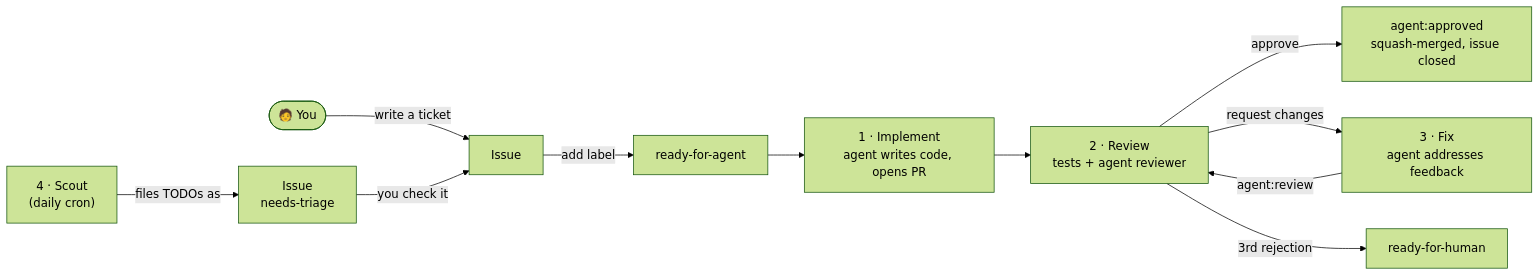
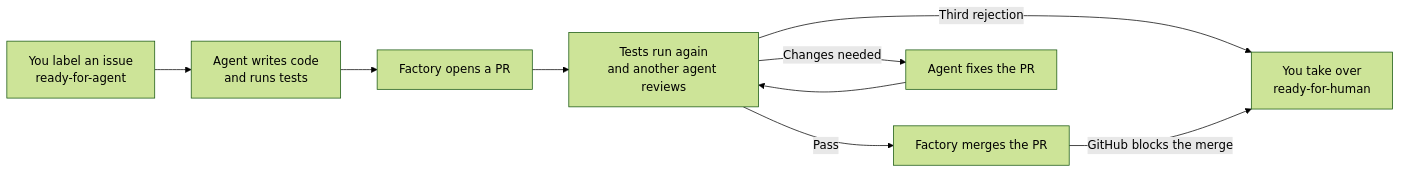
The diagram in README.md (jonbaldie/software-factory), drawn with Mermaid (forest theme) before and after one commit. The commit also changed other lines of this file, not shown here.

Commit message:
docs: make the README clearer for human readers (#4)

````diff
--- a/README.md
+++ b/README.md
@@ -9,13 +15,11 @@
 ```mermaid
 flowchart LR
-  you(["🧑 You"]) -->|write a ticket| issue["Issue"]
-  scout["4 · Scout<br/>(daily cron)"] -->|files TODOs as| proposed["Issue<br/>needs-triage"]
-  proposed -->|you check it| issue
-  issue -->|add label| ready["ready-for-agent"]
-  ready --> implement["1 · Implement<br/>agent writes code, opens PR"]
-  implement --> review["2 · Review<br/>tests + agent reviewer"]
-  review -->|approve| merged["agent:approved<br/>squash-merged, issue closed"]
-  review -->|request changes| fix["3 · Fix<br/>agent addresses feedback"]
-  fix -->|agent:review| review
-  review -->|3rd rejection| human["ready-for-human"]
+  issue["You label an issue<br/>ready-for-agent"] --> implement["Agent writes code<br/>and runs tests"]
+  implement --> pr["Factory opens a PR"]
+  pr --> review["Tests run again<br/>and another agent reviews"]
+  review -->|Pass| merge["Factory merges the PR"]
+  review -->|Changes needed| fix["Agent fixes the PR"]
+  fix --> review
+  review -->|Third rejection| human["You take over<br/>ready-for-human"]
+  merge -->|GitHub blocks the merge| human
 ```
````
